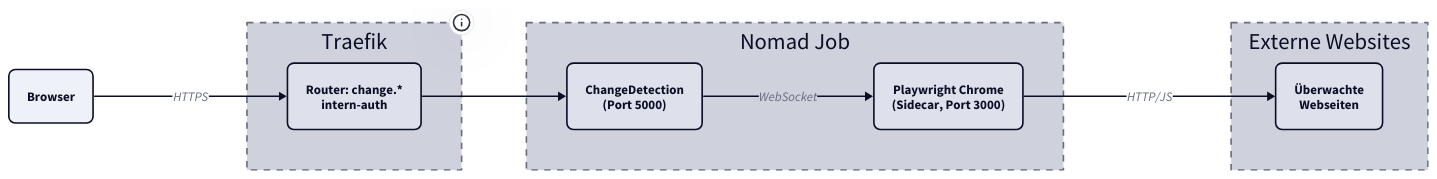
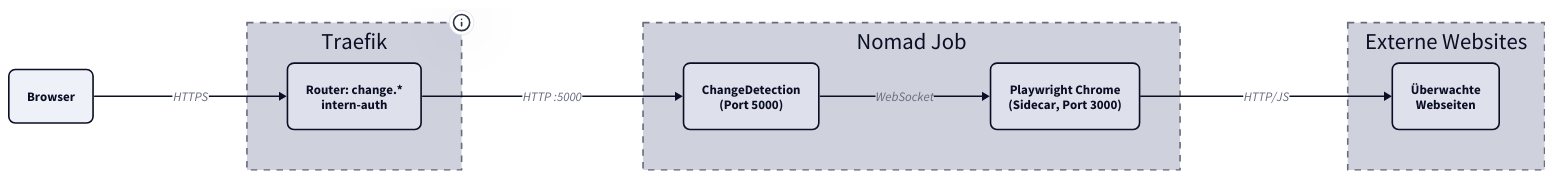
One commit to derever-labs/homelab-wiki changed the diagram in docs/changedetection/index.md. Above: the diagram before and after it, drawn with D2. The commit also changed other lines of this file and 5 other files, not shown here.

````diff
--- a/docs/changedetection/index.md
+++ b/docs/changedetection/index.md
@@ -30,44 +30,44 @@
 ```d2
 vars: {
   d2-config: {
     theme-id: 1
     layout-engine: elk
   }
 }
 
 direction: right
 
 USER: Browser {
   style.border-radius: 8
 }
 
 Traefik: Traefik {
   style.stroke-dash: 4
   tooltip: 10.0.2.20
   R1: "Router: change.*\nintern-auth" {
     style.border-radius: 8
   }
 }
 
 Nomad: Nomad Job {
   style.stroke-dash: 4
   CD: "ChangeDetection\n(Port 5000)" {
     style.border-radius: 8
   }
   PW: "Playwright Chrome\n(Sidecar, Port 3000)" {
     style.border-radius: 8
   }
 }
 
 External: Externe Websites {
   style.stroke-dash: 4
   WEB: "Überwachte\nWebseiten" {
     style.border-radius: 8
   }
 }
 
 USER -> Traefik.R1: HTTPS
-Traefik.R1 -> Nomad.CD
+Traefik.R1 -> Nomad.CD: HTTP :5000
 Nomad.CD -> Nomad.PW: WebSocket
 Nomad.PW -> External.WEB: HTTP/JS
 ```
````
